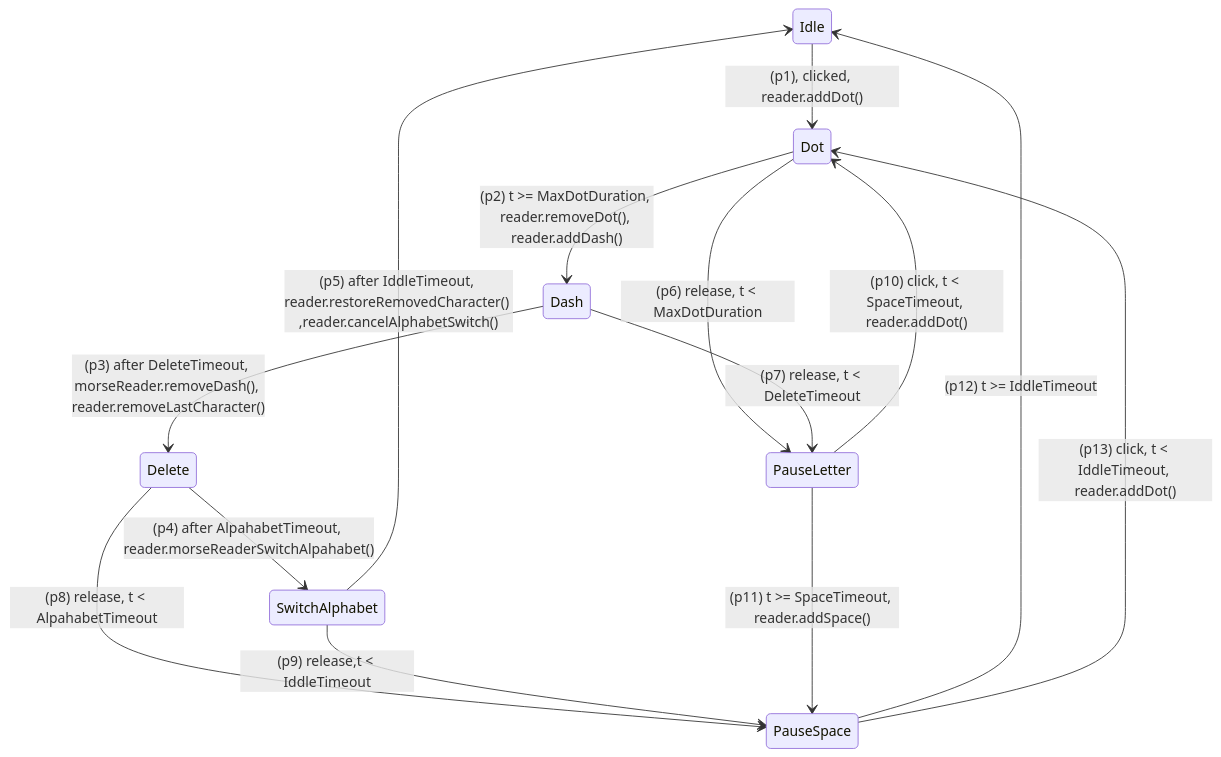
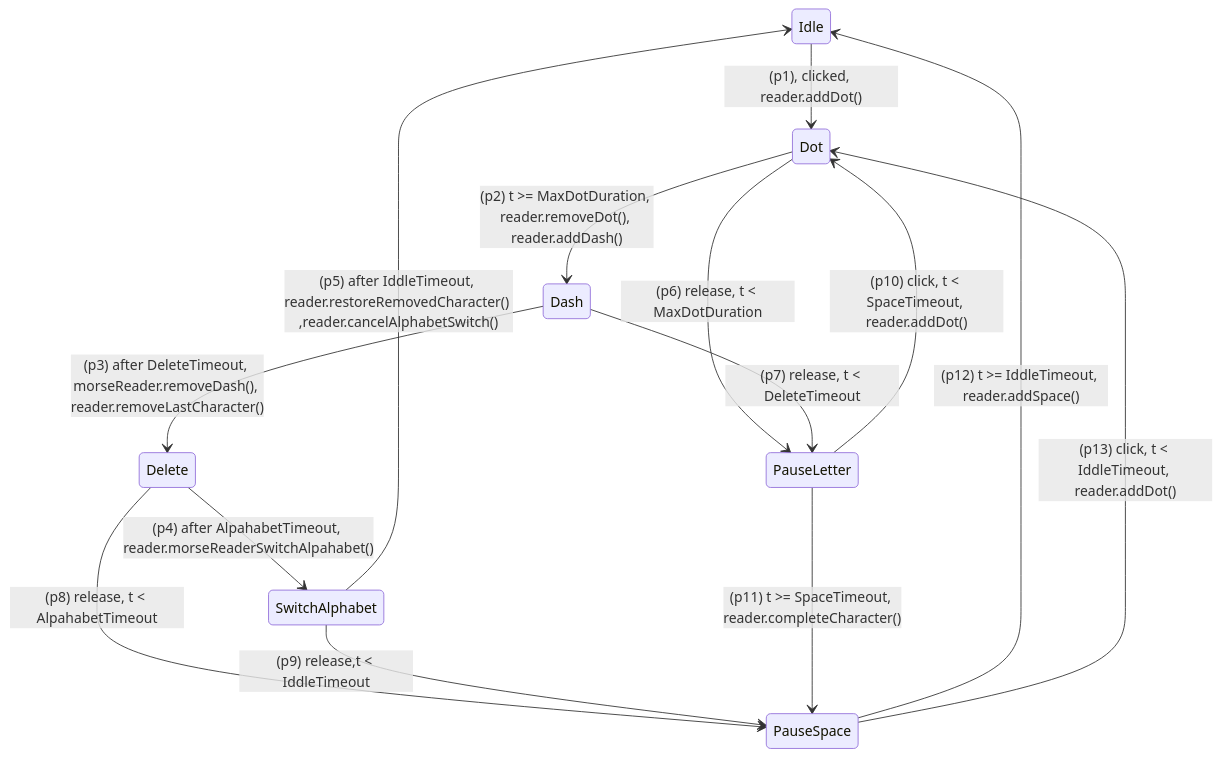
One commit to maxistar/morsetrainer-site changed the first of 2 diagrams in readme.md. Above: the diagram before and after it, drawn with Mermaid. The commit also changed 1 other file, not shown here.

Commit message:
async logic

````diff
--- a/readme.md
+++ b/readme.md
@@ -20,30 +20,30 @@
 ```mermaid
 
 stateDiagram
     Idle --> Dot: (p1), clicked, reader.addDot()
     
     Dot --> Dash: (p2) t >= MaxDotDuration, reader.removeDot(), reader.addDash()
 
     Dash --> Delete: (p3) after DeleteTimeout, morseReader.removeDash(), reader.removeLastCharacter()
     
     Delete --> SwitchAlphabet: (p4) after AlpahabetTimeout, reader.morseReaderSwitchAlpahabet()
     
     SwitchAlphabet --> Idle: (p5) after IddleTimeout, reader.restoreRemovedCharacter() ,reader.cancelAlphabetSwitch()
     
     Dot --> PauseLetter: (p6) release, t < MaxDotDuration
     
     Dash --> PauseLetter: (p7) release, t < DeleteTimeout
 
     Delete --> PauseSpace: (p8) release, t < AlpahabetTimeout
 
     SwitchAlphabet --> PauseSpace: (p9) release,t < IddleTimeout
 
     PauseLetter --> Dot: (p10) click, t < SpaceTimeout, reader.addDot()
 
-    PauseLetter --> PauseSpace: (p11) t >= SpaceTimeout, reader.addSpace()
+    PauseLetter --> PauseSpace: (p11) t >= SpaceTimeout, reader.completeCharacter()
     
-    PauseSpace --> Idle: (p12) t >= IddleTimeout
+    PauseSpace --> Idle: (p12) t >= IddleTimeout, reader.addSpace()
     
     PauseSpace --> Dot: (p13) click, t < IddleTimeout, reader.addDot()
 
 ```
````
